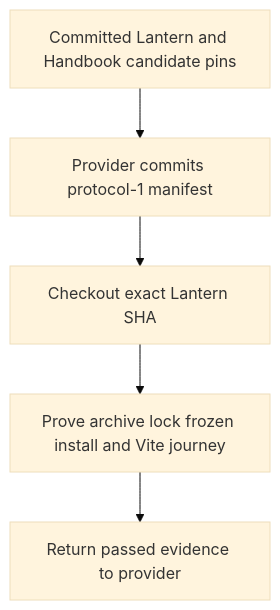
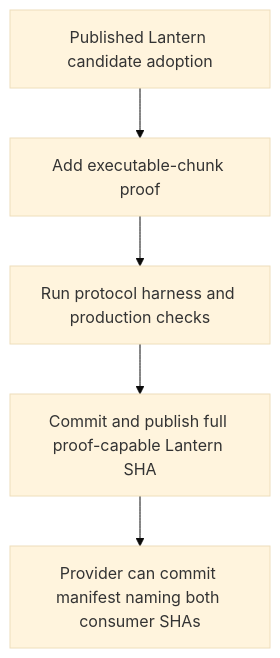
Before and after one commit to RebelliousSmile/lantern: the first of 2 diagrams in aidd_docs/tasks/2026_09/2026_09_25_issues_46_47_release_identity_and_pbta_proof/phase-6.md, drawn with Mermaid (base theme). The commit also changed other lines of this file and 7 other files, not shown here.

Commit message:
feat(release-train): prove adrenaline candidate chunks [skip ci]

````diff
--- a/aidd_docs/tasks/2026_09/2026_09_25_issues_46_47_release_identity_and_pbta_proof/phase-6.md
+++ b/aidd_docs/tasks/2026_09/2026_09_25_issues_46_47_release_identity_and_pbta_proof/phase-6.md
@@ -21,7 +22,7 @@
 ```mermaid
 flowchart TD
-  A[Committed Lantern and Handbook candidate pins] --> B[Provider commits protocol-1 manifest]
-  B --> C[Checkout exact Lantern SHA]
-  C --> D[Prove archive lock frozen install and Vite journey]
-  D --> E[Return passed evidence to provider]
+  A[Published Lantern candidate adoption] --> B[Add executable-chunk proof]
+  B --> C[Run protocol harness and production checks]
+  C --> D[Commit and publish full proof-capable Lantern SHA]
+  D --> E[Provider can commit manifest naming both consumer SHAs]
 ```
````
